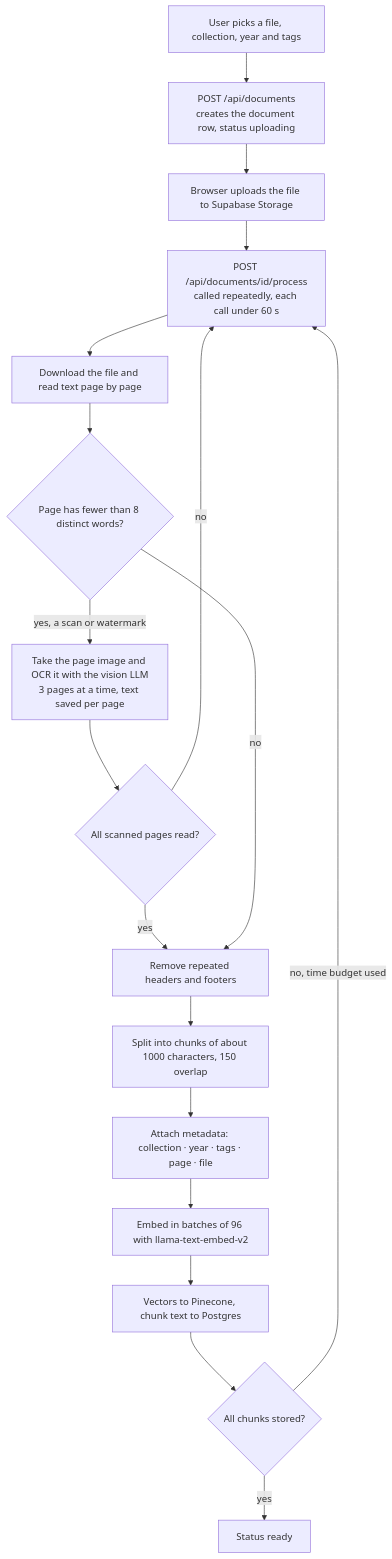
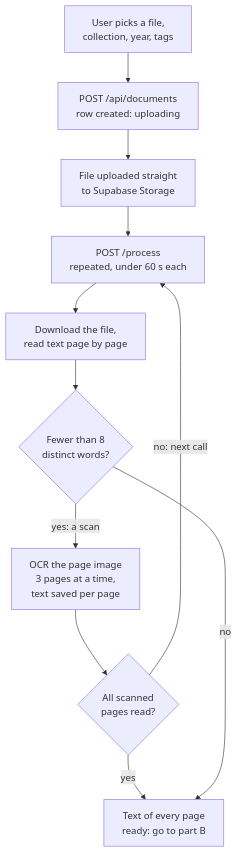
One commit to Anushka404/RagStack changed the third of 8 diagrams in docs/FLOW.md. Above: the diagram before and after it, drawn with Mermaid. The commit also changed other lines of this file and 1 other file, not shown here.

````diff
--- a/docs/FLOW.md
+++ b/docs/FLOW.md
@@ -88,20 +112,13 @@
 ```mermaid
 flowchart TD
-  A["User picks a file, collection, year and tags"] --> B["POST /api/documents<br/>creates the document row, status uploading"]
-  B --> C["Browser uploads the file to Supabase Storage"]
-  C --> D["POST /api/documents/id/process<br/>called repeatedly, each call under 60 s"]
-  D --> E["Download the file and read text page by page"]
-  E --> F{"Page has fewer than 8 distinct words?"}
-  F -->|yes, a scan or watermark| G["Take the page image and OCR it with the vision LLM<br/>3 pages at a time, text saved per page"]
-  G --> H{"All scanned pages read?"}
-  H -->|no| D
-  H -->|yes| I["Remove repeated headers and footers"]
-  F -->|no| I
-  I --> J["Split into chunks of about 1000 characters, 150 overlap"]
-  J --> K["Attach metadata: collection · year · tags · page · file"]
-  K --> L["Embed in batches of 96 with llama-text-embed-v2"]
-  L --> M["Vectors to Pinecone, chunk text to Postgres"]
-  M --> N{"All chunks stored?"}
-  N -->|no, time budget used| D
-  N -->|yes| O["Status ready"]
+  A["User picks a file,<br/>collection, year, tags"] --> B["POST /api/documents<br/>row created: uploading"]
+  B --> C["File uploaded straight<br/>to Supabase Storage"]
+  C --> D["POST /process<br/>repeated, under 60 s each"]
+  D --> E["Download the file,<br/>read text page by page"]
+  E --> F{"Fewer than 8<br/>distinct words?"}
+  F -->|yes: a scan| G["OCR the page image<br/>3 pages at a time,<br/>text saved per page"]
+  G --> H{"All scanned<br/>pages read?"}
+  H -->|no: next call| D
+  H -->|yes| NEXT["Text of every page<br/>ready: go to part B"]
+  F -->|no| NEXT
 ```
````
